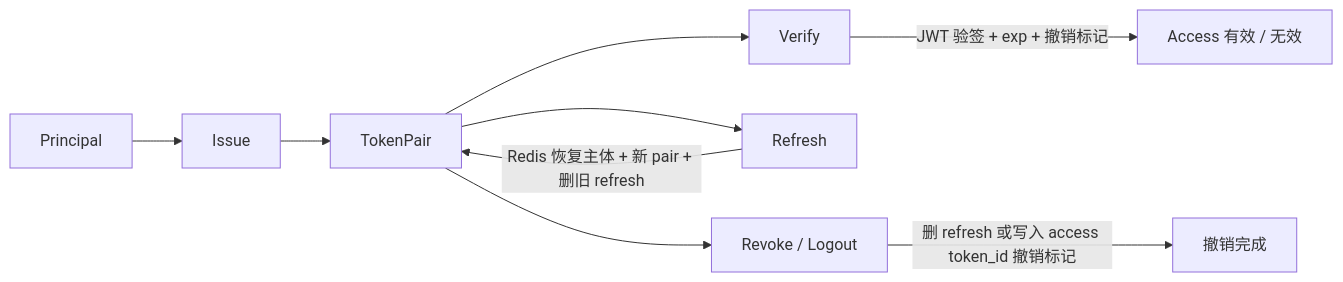
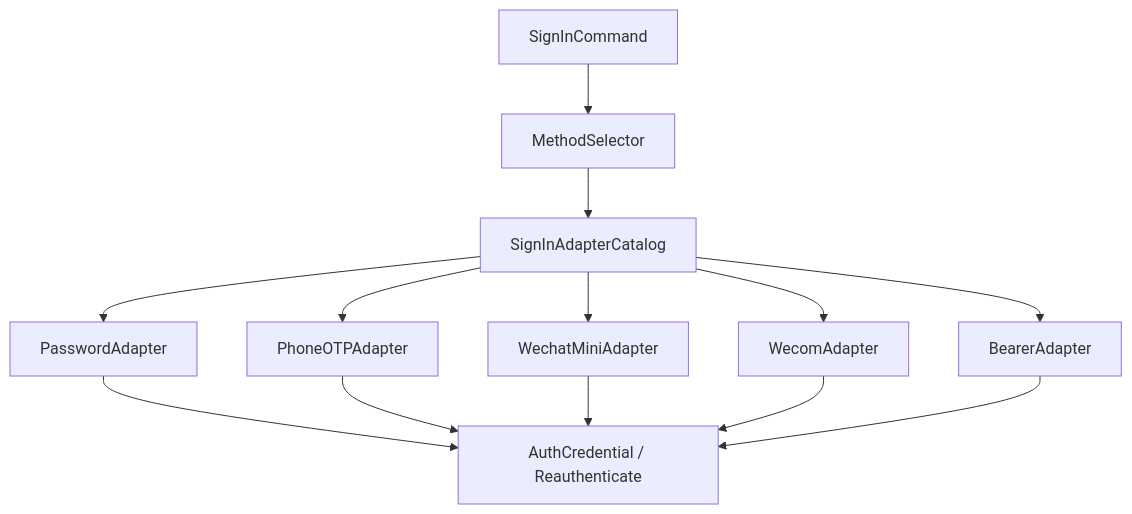
One commit to FangcunMount/iam changed the third of 7 diagrams in docs/05-专题分析/01-认证链路--从登录请求到 Token 与 JWKS.md. Above: the diagram before and after it, drawn with Mermaid. The commit also changed other lines of this file and 61 other files, not shown here.

````diff
--- a/docs/05-专题分析/01-认证链路--从登录请求到 Token 与 JWKS.md
+++ b/docs/05-专题分析/01-认证链路--从登录请求到 Token 与 JWKS.md
@@ -228,12 +95,24 @@
 ```mermaid
-flowchart LR
-    Principal["Principal"] --> Issue["Issue"]
-    Issue --> Pair["TokenPair"]
-    Pair --> Verify["Verify"]
-    Pair --> Refresh["Refresh"]
-    Pair --> Revoke["Revoke / Logout"]
+flowchart TD
+    Cmd["SignInCommand"]
+    Selector["MethodSelector"]
+    Catalog["SignInAdapterCatalog"]
+    Password["PasswordAdapter"]
+    Phone["PhoneOTPAdapter"]
+    Wechat["WechatMiniAdapter"]
+    Wecom["WecomAdapter"]
+    Bearer["BearerAdapter"]
+    Proof["AuthCredential / Reauthenticate"]
 
-    Verify -->|"JWT 验签 + exp + 撤销标记"| AccessState["Access 有效 / 无效"]
-    Refresh -->|"Redis 恢复主体 + 新 pair + 删旧 refresh"| Pair
-    Revoke -->|"删 refresh 或写入 access token_id 撤销标记"| End["撤销完成"]
+    Cmd --> Selector --> Catalog
+    Catalog --> Password
+    Catalog --> Phone
+    Catalog --> Wechat
+    Catalog --> Wecom
+    Catalog --> Bearer
+    Password --> Proof
+    Phone --> Proof
+    Wechat --> Proof
+    Wecom --> Proof
+    Bearer --> Proof
 ```
````
